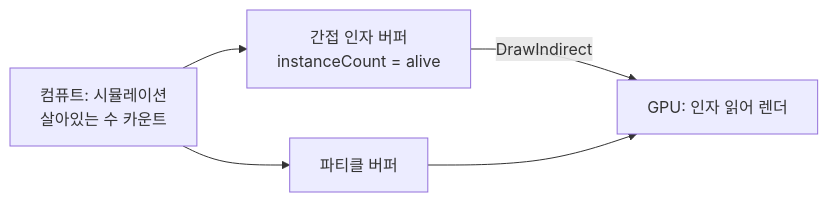
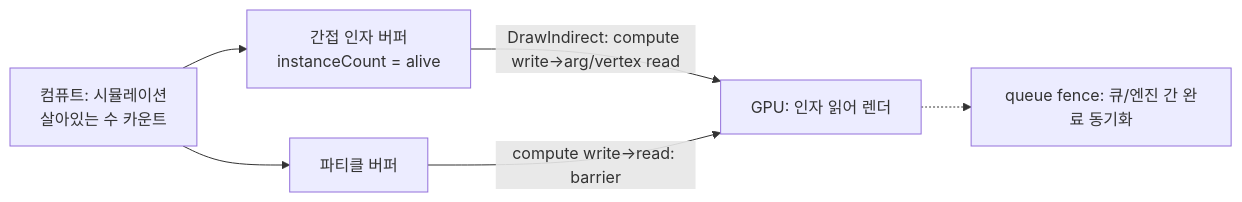
One commit to Rein-ArXiv/game-dev-curriculum changed the second of 3 diagrams in engine/part03_vfx.md. Above: the diagram before and after it, drawn with Mermaid. The commit also changed other lines of this file and 279 other files, not shown here.

````diff
--- a/engine/part03_vfx.md
+++ b/engine/part03_vfx.md
@@ -264,7 +272,7 @@
 ```mermaid
 flowchart LR
     Sim[컴퓨트: 시뮬레이션<br/>살아있는 수 카운트] --> ArgBuf[간접 인자 버퍼<br/>instanceCount = alive]
-    ArgBuf -->|DrawIndirect| Draw[GPU: 인자 읽어 렌더]
+    ArgBuf -->|DrawIndirect: compute write→arg/vertex read| Draw[GPU: 인자 읽어 렌더]
     Sim --> PartBuf[파티클 버퍼]
-    PartBuf --> Draw
+    PartBuf -->|compute write→read: barrier| Draw; Draw -.-> FenceNote[queue fence: 큐/엔진 간 완료 동기화]
 ```
````
